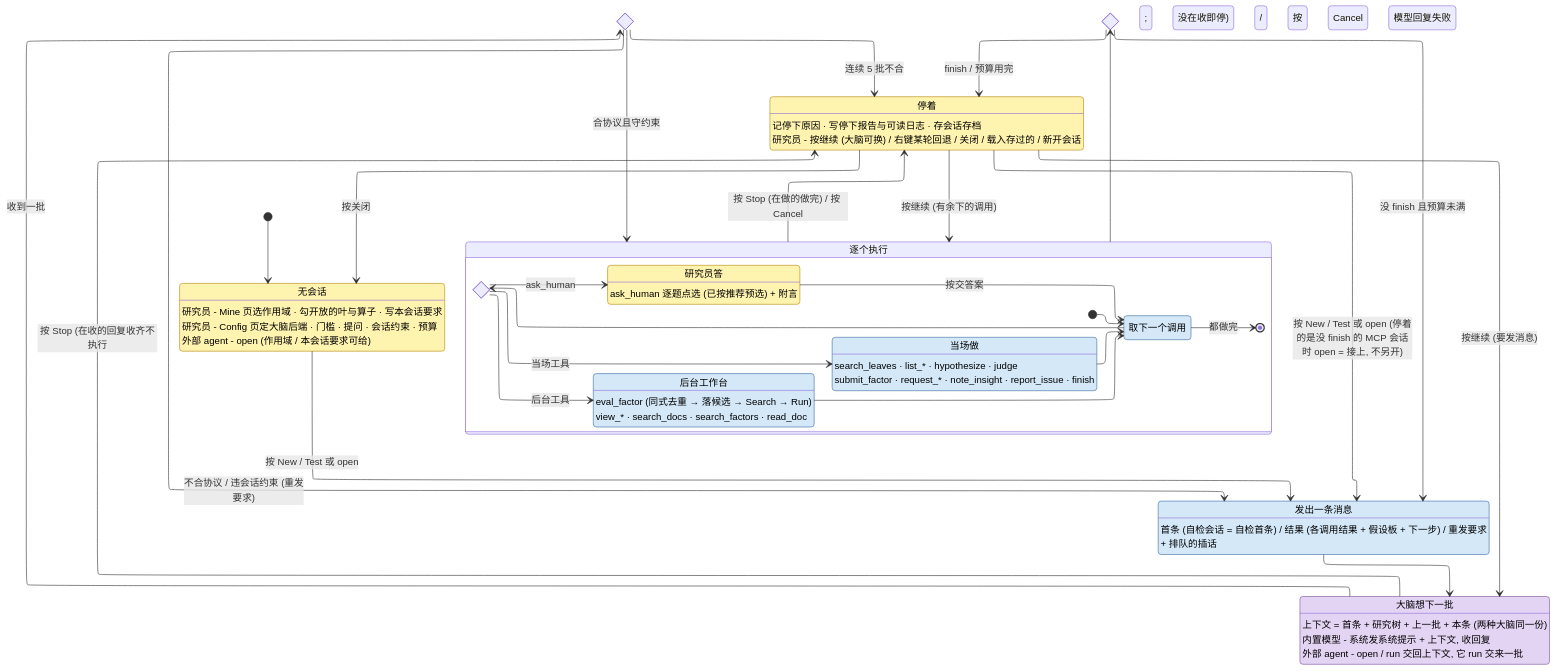
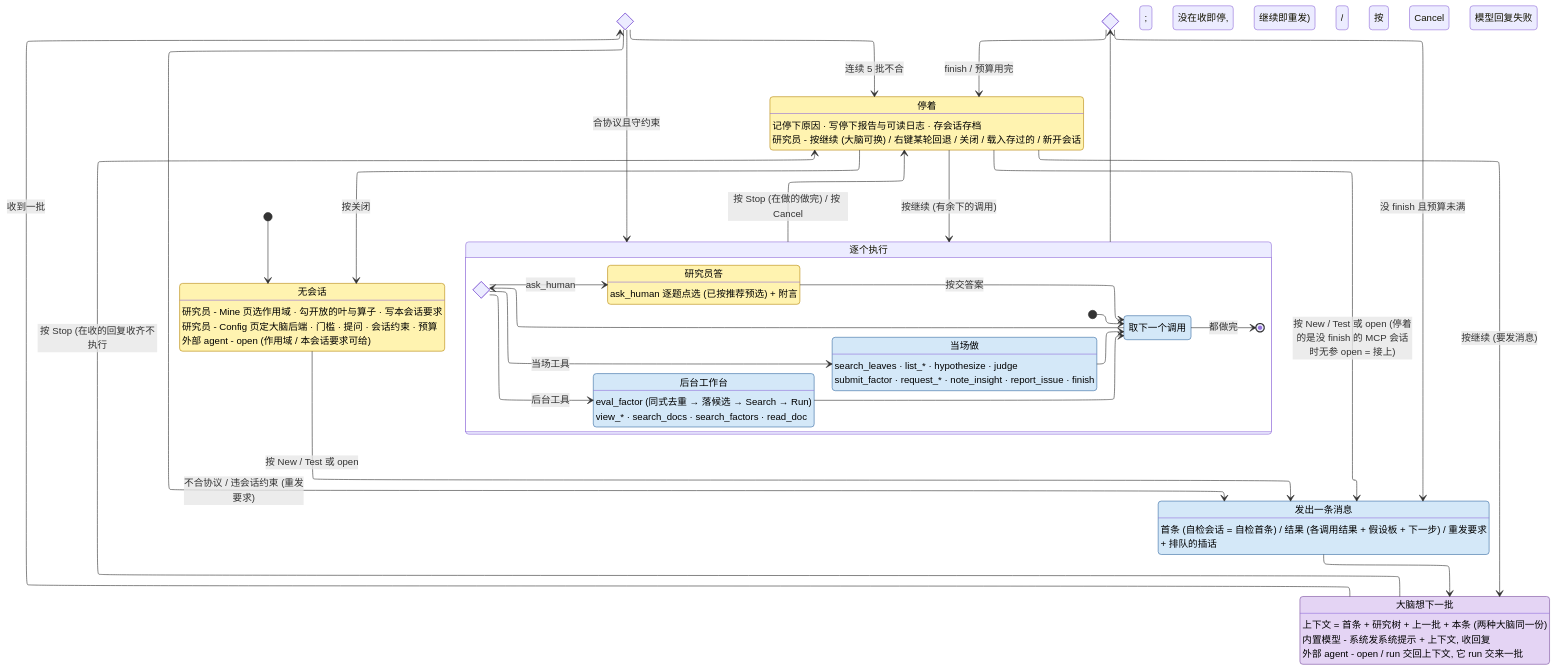
The diagram in AGENT.md (CoCoMilkyWay/stk), drawn with Mermaid before and after one commit. The commit also changed other lines of this file and 10 other files, not shown here.

````diff
--- a/AGENT.md
+++ b/AGENT.md
@@ -65,77 +71,77 @@
 ```mermaid
 ---
 config:
   layout: elk
 ---
 stateDiagram-v2
     direction TB
 
     state "无会话" as None
     None : 研究员 - Mine 页选作用域 · 勾开放的叶与算子 · 写本会话要求
     None : 研究员 - Config 页定大脑后端 · 门槛 · 提问 · 会话约束 · 预算
     None : 外部 agent - open (作用域 / 本会话要求可给)
 
     state "发出一条消息" as Post
     Post : 首条 (自检会话 = 自检首条) / 结果 (各调用结果 + 假设板 + 下一步) / 重发要求
     Post : + 排队的插话
 
     state "大脑想下一批" as Think
     Think : 上下文 = 首条 + 研究树 + 上一批 + 本条 (两种大脑同一份)
     Think : 内置模型 - 系统发系统提示 + 上下文, 收回复
     Think : 外部 agent - open / run 交回上下文, 它 run 交来一批
 
     state Format <<choice>>
 
     state "逐个执行" as Act {
         direction LR
         state "取下一个调用" as Next
         state Kind <<choice>>
         state "当场做" as Sync
         Sync : search_leaves · list_* · hypothesize · judge
         Sync : submit_factor · request_* · note_insight · report_issue · finish
         state "后台工作台" as Lab
         Lab : eval_factor (同式去重 → 落候选 → Search → Run)
         Lab : view_* · search_docs · search_factors · read_doc
         state "研究员答" as Choose
         Choose : ask_human 逐题点选 (已按推荐预选) + 附言
 
         [*] --> Next
         Next --> Kind
         Kind --> Sync : 当场工具
         Kind --> Lab : 后台工具
         Kind --> Choose : ask_human
         Sync --> Next
         Lab --> Next
         Choose --> Next : 按交答案
         Next --> [*] : 都做完
     }
     state Fin <<choice>>
 
     state "停着" as Pause
     Pause : 记停下原因 · 写停下报告与可读日志 · 存会话存档
     Pause : 研究员 - 按继续 (大脑可换) / 右键某轮回退 / 关闭 / 载入存过的 / 新开会话
 
     [*] --> None
     None --> Post : 按 New / Test 或 open
     Post --> Think
     Think --> Format : 收到一批
     Format --> Post : 不合协议 / 违会话约束 (重发要求)
     Format --> Act : 合协议且守约束
     Act --> Fin
     Fin --> Post : 没 finish 且预算未满
     Fin --> Pause : finish / 预算用完
     Format --> Pause : 连续 5 批不合
-    Think --> Pause : 按 Stop (在收的回复收齐不执行; 没在收即停) / 按 Cancel / 模型回复失败
+    Think --> Pause : 按 Stop (在收的回复收齐不执行; 没在收即停, 继续即重发) / 按 Cancel / 模型回复失败
     Act --> Pause : 按 Stop (在做的做完) / 按 Cancel
     Pause --> Think : 按继续 (要发消息)
     Pause --> Act : 按继续 (有余下的调用)
-    Pause --> Post : 按 New / Test 或 open (停着的是没 finish 的 MCP 会话时 open = 接上, 不另开)
+    Pause --> Post : 按 New / Test 或 open (停着的是没 finish 的 MCP 会话时无参 open = 接上)
     Pause --> None : 按关闭
 
     classDef human fill:#fff3b0,stroke:#b8860b,color:#000
     classDef brain fill:#e4d4f4,stroke:#7b4fa0,color:#000
     classDef sys fill:#d4e8f8,stroke:#3a6ea5,color:#000
     class None, Choose, Pause human
     class Think brain
     class Post, Next, Sync, Lab sys
 ```
````
